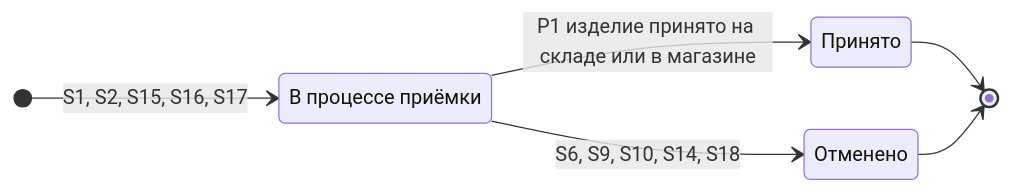
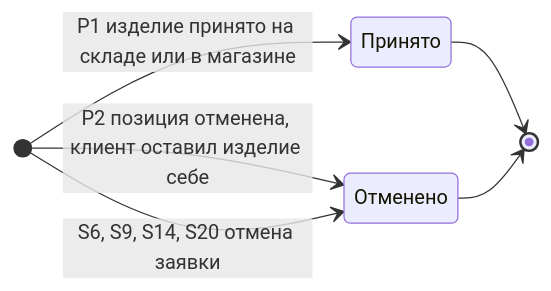
Before and after one commit to Terinss155/opencode-agents-analysis: the second of 3 diagrams in projects/returns-2.0/requirements/diagrams/state/return-status_state.md, drawn with Mermaid. The commit also changed other lines of this file and 371 other files, not shown here.

````diff
--- a/projects/returns-2.0/requirements/diagrams/state/return-status_state.md
+++ b/projects/returns-2.0/requirements/diagrams/state/return-status_state.md
@@ -134,14 +119,13 @@
 ```mermaid
 stateDiagram-v2
     direction LR
 
-    state "В процессе приёмки" as InAcceptance
     state "Принято" as AcceptedWh
     state "Отменено" as PosCancelled
 
-    [*] --> InAcceptance : S1, S2, S15, S16, S17
-    InAcceptance --> AcceptedWh : P1 изделие принято на складе или в магазине
-    InAcceptance --> PosCancelled : S6, S9, S10, S14, S18
+    [*] --> AcceptedWh : P1 изделие принято на складе или в магазине
+    [*] --> PosCancelled : P2 позиция отменена, клиент оставил изделие себе
+    [*] --> PosCancelled : S6, S9, S14, S20 отмена заявки
     AcceptedWh --> [*]
     PosCancelled --> [*]
 ```
````
